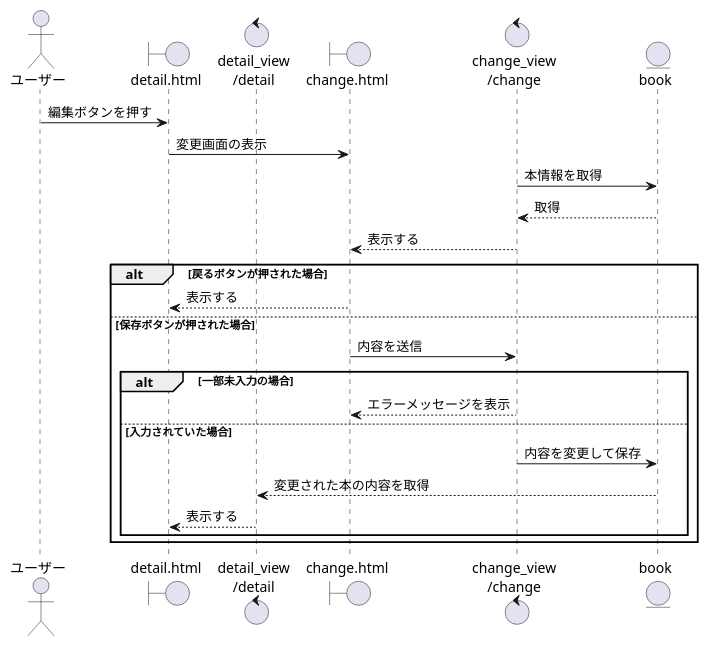
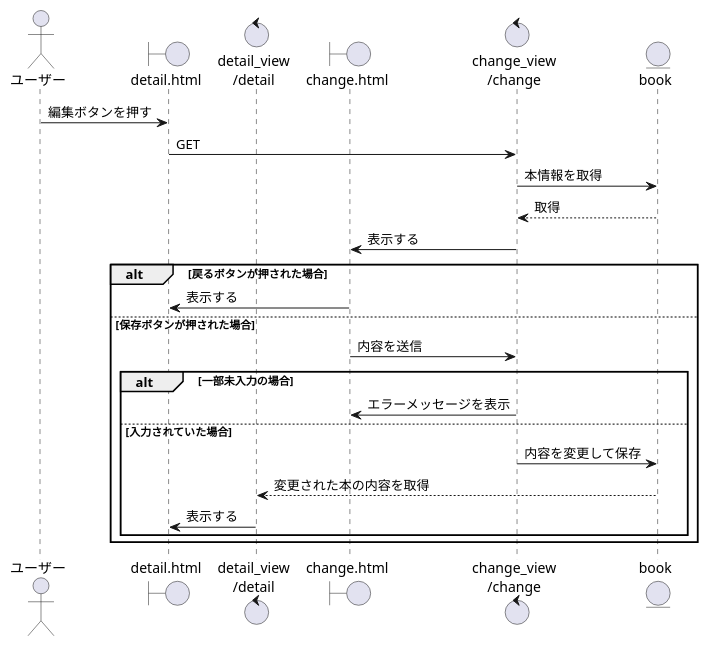
Before and after one commit to RK0309-art/gith_full_course: the sixth of 14 diagrams in シーケンス図_書籍検索システム_django.puml, drawn with PlantUML. The commit also changed other lines of this file, not shown here.

Commit message:
たくさんシーケンス図ついか

```diff
--- a/シーケンス図_書籍検索システム_django.puml
+++ b/シーケンス図_書籍検索システム_django.puml
@@ -83,28 +83,28 @@
 @startuml 書籍情報を編集する
 
 actor ユーザー as U
 boundary "detail.html" as DH
 control "detail_view\n/detail" as DV
 boundary "change.html" as CH
 control "change_view\n/change" as CV
 entity "book" as B
 
 U -> DH : 編集ボタンを押す
-DH -> CH : 変更画面の表示
+DH -> CV : GET
 CV -> B : 本情報を取得
 B --> CV : 取得
-CV --> CH :表示する
+CV -> CH :表示する
 alt 戻るボタンが押された場合
-CH --> DH : 表示する
+CH -> DH : 表示する
 else 保存ボタンが押された場合
 CH -> CV :内容を送信
 alt  一部未入力の場合
-CV --> CH :エラーメッセージを表示
+CV -> CH :エラーメッセージを表示
 else 入力されていた場合
 CV -> B :内容を変更して保存 
 B --> DV :変更された本の内容を取得
-DV --> DH : 表示する
+DV -> DH : 表示する
 
 end
 end
 @enduml
```
